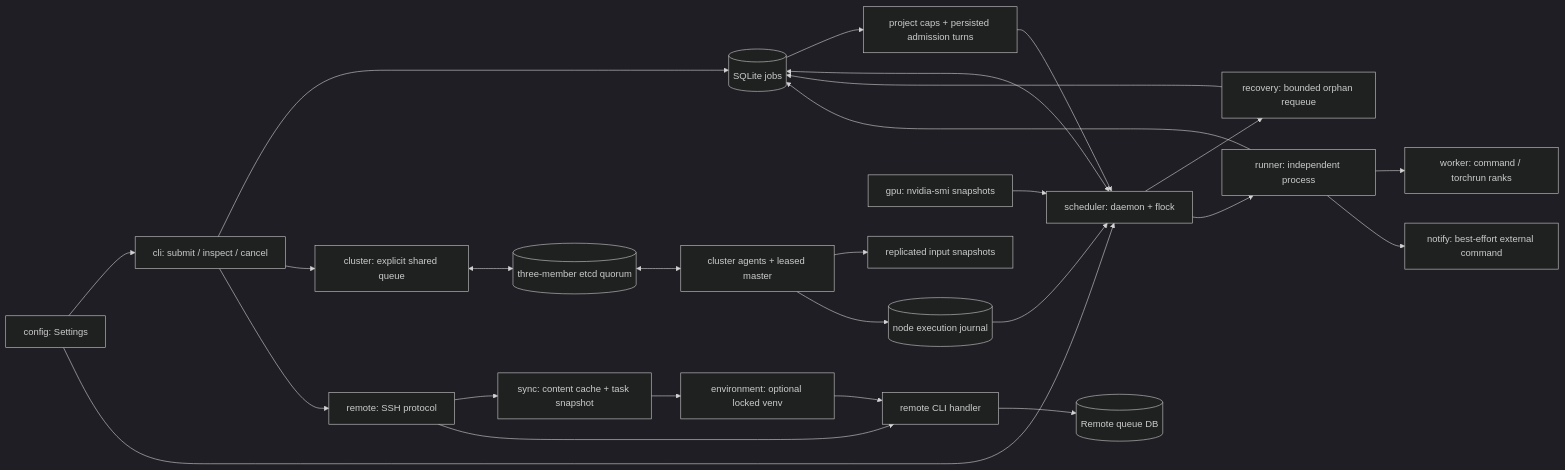
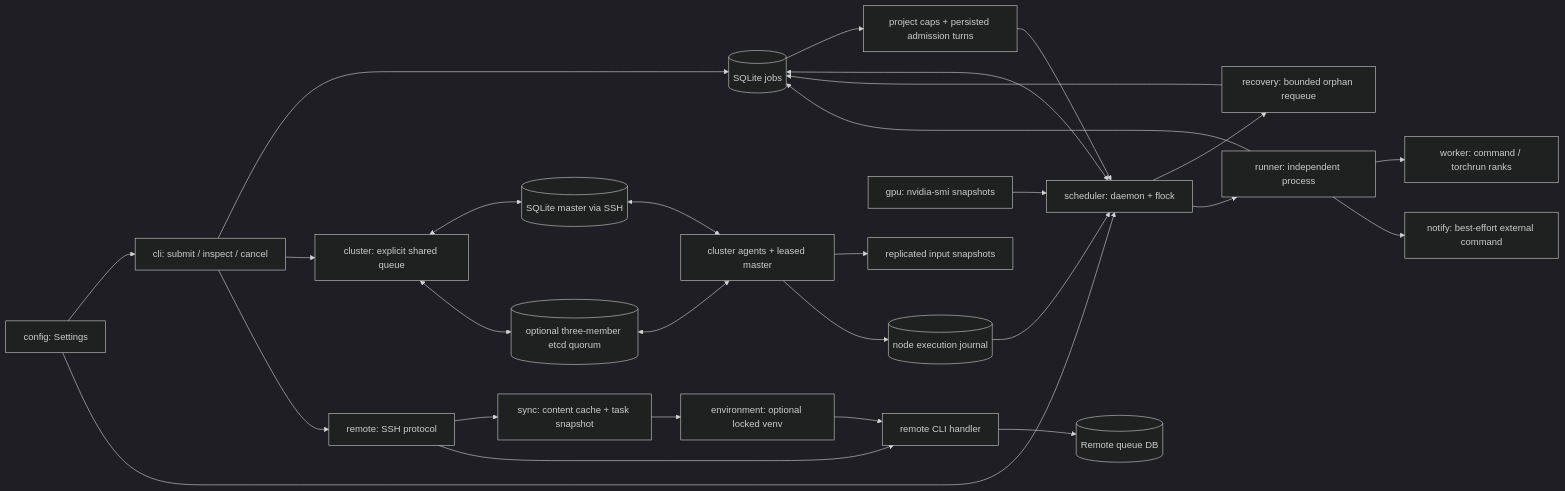
Before and after one commit to lzy248/gpuq: the diagram in docs/README.md, drawn with Mermaid (dark theme). The commit also changed other lines of this file and 33 other files, not shown here.

Commit message:
feat: add simple SQLite and SSH GPU pool with balanced placement

````diff
--- a/docs/README.md
+++ b/docs/README.md
@@ -20,28 +20,30 @@
 ```mermaid
 flowchart LR
   CLI[cli: submit / inspect / cancel] --> DB[(SQLite jobs)]
   CLI --> Pool[cluster: explicit shared queue]
-  Pool <--> Etcd[(three-member etcd quorum)]
+  Pool <--> Single[(SQLite master via SSH)]
+  Single <--> Agent
+  Pool <--> Etcd[(optional three-member etcd quorum)]
   Etcd <--> Agent[cluster agents + leased master]
   Agent --> Inputs[replicated input snapshots]
   Agent --> LocalJournal[(node execution journal)]
   LocalJournal --> Scheduler
   CLI --> SSH[remote: SSH protocol]
   SSH --> Sync[sync: content cache + task snapshot]
   Sync --> Env[environment: optional locked venv]
   Env --> RemoteCLI[remote CLI handler]
   SSH --> RemoteCLI
   RemoteCLI --> RemoteDB[(Remote queue DB)]
   DB --> Fair[project caps + persisted admission turns]
   Fair --> Scheduler
   Config[config: Settings] --> CLI
   Config --> Scheduler[scheduler: daemon + flock]
   GPU[gpu: nvidia-smi snapshots] --> Scheduler
   DB <--> Scheduler
   Scheduler --> Recovery[recovery: bounded orphan requeue]
   Recovery --> DB
   Scheduler --> Runner[runner: independent process]
   Runner --> Worker[worker: command / torchrun ranks]
   Runner --> DB
   Runner --> Notify[notify: best-effort external command]
 ```
````
